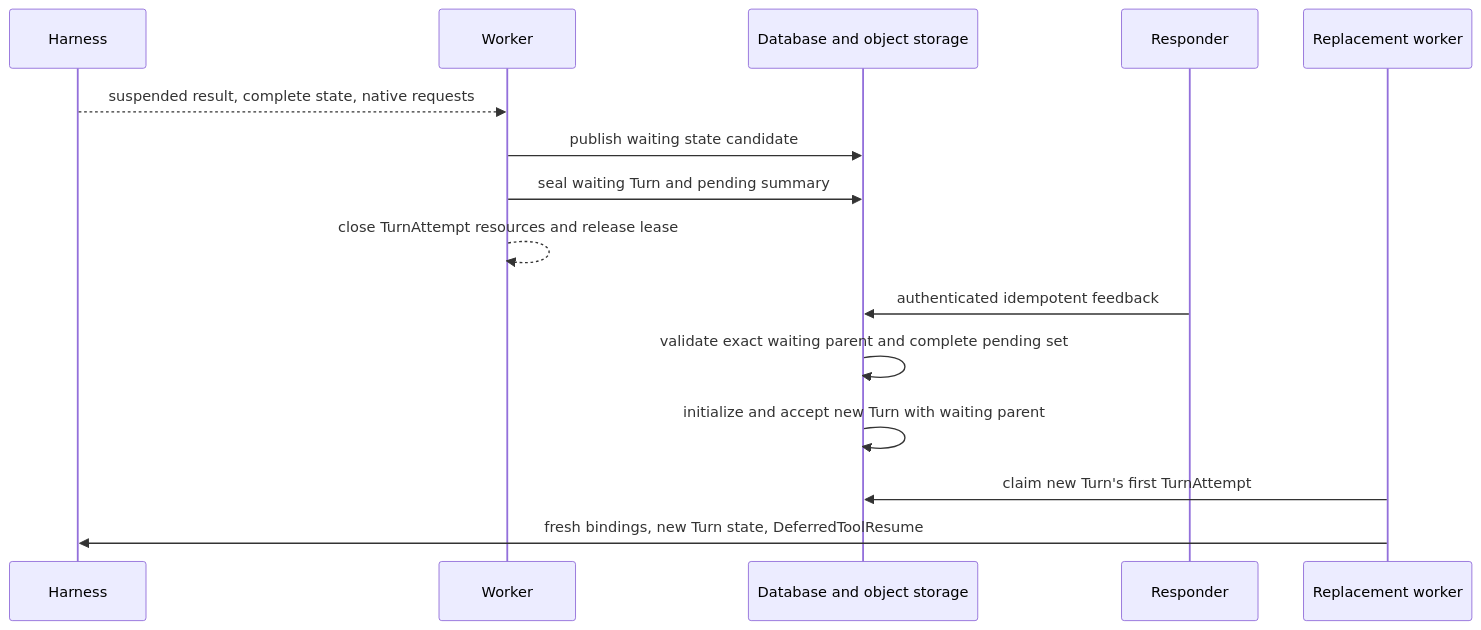
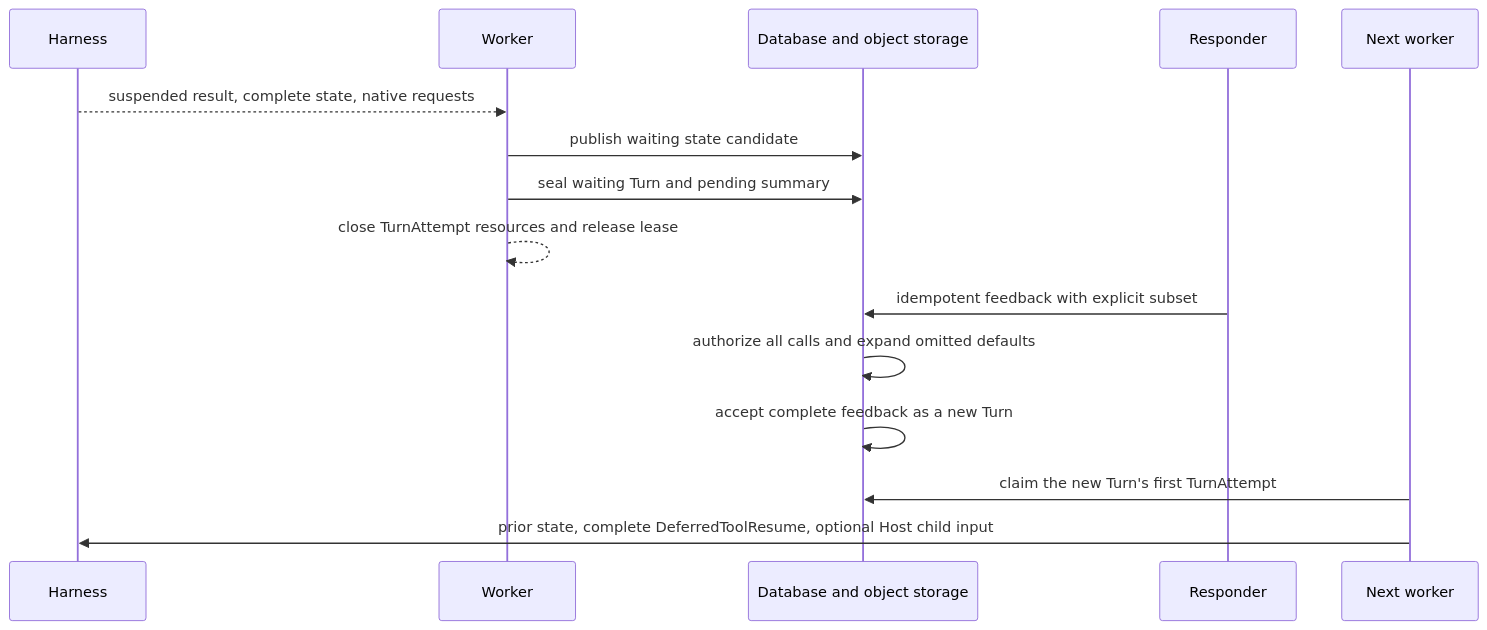
The second of 2 diagrams in spec/foundation-service/34-agent-control-input-and-continuation.md (converge-ai-labs/agent-foundation), drawn with Mermaid before and after one commit. The commit also changed other lines of this file and 26 other files, not shown here.

````diff
--- a/spec/foundation-service/34-agent-control-input-and-continuation.md
+++ b/spec/foundation-service/34-agent-control-input-and-continuation.md
@@ -232,18 +400,18 @@
 ```mermaid
 sequenceDiagram
     participant Harness
     participant Worker
     participant Durable as Database and object storage
     participant Responder
-    participant NextWorker as Replacement worker
+    participant NextWorker as Next worker
 
     Harness-->>Worker: suspended result, complete state, native requests
     Worker->>Durable: publish waiting state candidate
     Worker->>Durable: seal waiting Turn and pending summary
     Worker-->>Worker: close TurnAttempt resources and release lease
-    Responder->>Durable: authenticated idempotent feedback
-    Durable->>Durable: validate exact waiting parent and complete pending set
-    Durable->>Durable: initialize and accept new Turn with waiting parent
-    NextWorker->>Durable: claim new Turn's first TurnAttempt
-    NextWorker->>Harness: fresh bindings, new Turn state, DeferredToolResume
+    Responder->>Durable: idempotent feedback with explicit subset
+    Durable->>Durable: authorize all calls and expand omitted defaults
+    Durable->>Durable: accept complete feedback as a new Turn
+    NextWorker->>Durable: claim the new Turn's first TurnAttempt
+    NextWorker->>Harness: prior state, complete DeferredToolResume, optional Host child input
 ```
````
